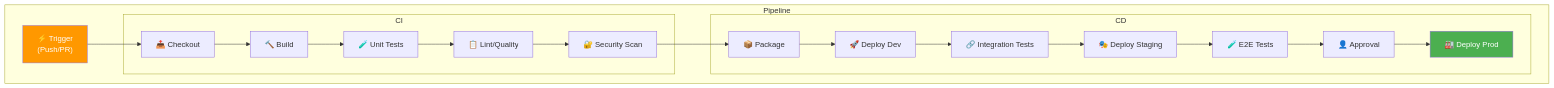
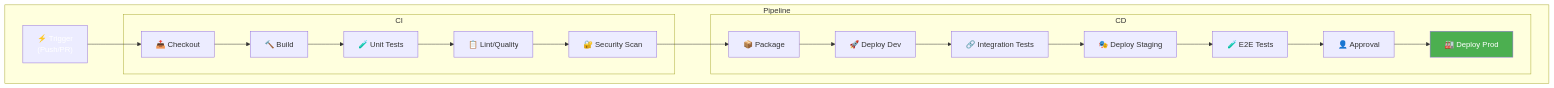
One commit to VBlackJack/ShellBook changed the seventh of 14 diagrams in docs/formations/cloud-fundamentals/09-module.md. Above: the diagram before and after it, drawn with Mermaid. The commit also changed other lines of this file and 337 other files, not shown here.

First line of the commit message:
refactor(docs): Standardize code blocks and Mermaid colors

````diff
--- a/docs/formations/cloud-fundamentals/09-module.md
+++ b/docs/formations/cloud-fundamentals/09-module.md
@@ -217,31 +217,31 @@
 ```mermaid
 graph TB
     subgraph "Pipeline"
         TRIGGER["⚡ Trigger<br/>(Push/PR)"]
 
         subgraph "CI"
             CHECKOUT["📥 Checkout"]
             BUILD["🔨 Build"]
             UNIT["🧪 Unit Tests"]
             LINT["📋 Lint/Quality"]
             SCAN["🔐 Security Scan"]
         end
 
         subgraph "CD"
             ARTIFACT["📦 Package"]
             DEPLOY_DEV["🚀 Deploy Dev"]
             INTEGRATION["🔗 Integration Tests"]
             DEPLOY_STAGING["🎭 Deploy Staging"]
             E2E["🧪 E2E Tests"]
             APPROVAL["👤 Approval"]
             DEPLOY_PROD["🏭 Deploy Prod"]
         end
     end
 
     TRIGGER --> CHECKOUT --> BUILD --> UNIT --> LINT --> SCAN
     SCAN --> ARTIFACT --> DEPLOY_DEV --> INTEGRATION
     INTEGRATION --> DEPLOY_STAGING --> E2E --> APPROVAL --> DEPLOY_PROD
 
-    style TRIGGER fill:#ff9800,color:#fff
+    style TRIGGER fill:#FF9800800800,color:#fff
     style DEPLOY_PROD fill:#4caf50,color:#fff
 ```
````
